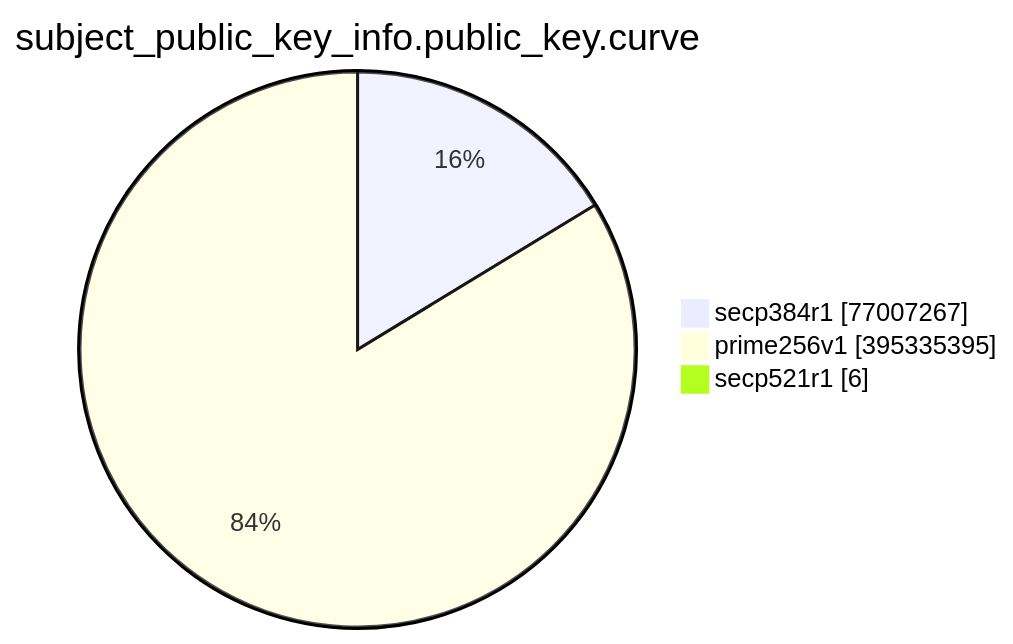
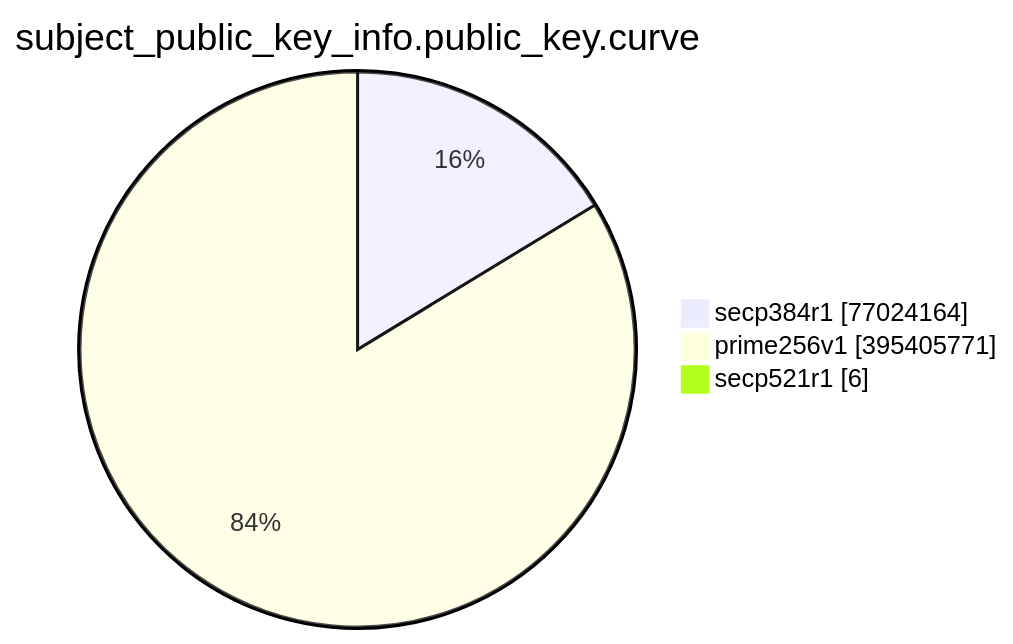
One commit to christiankrug/ctmonitor_visualization changed the eighth of 15 diagrams in TOTAL/README.md. Above: the diagram before and after it, drawn with Mermaid. The commit also changed other lines of this file, not shown here.

````diff
--- a/TOTAL/README.md
+++ b/TOTAL/README.md
@@ -3094,7 +3094,7 @@
 ```mermaid
 pie showData
 title subject_public_key_info.public_key.curve
-"secp384r1" :77007267
-"prime256v1" :395335395
+"secp384r1" :77024164
+"prime256v1" :395405771
 "secp521r1" :6
 ```
````
